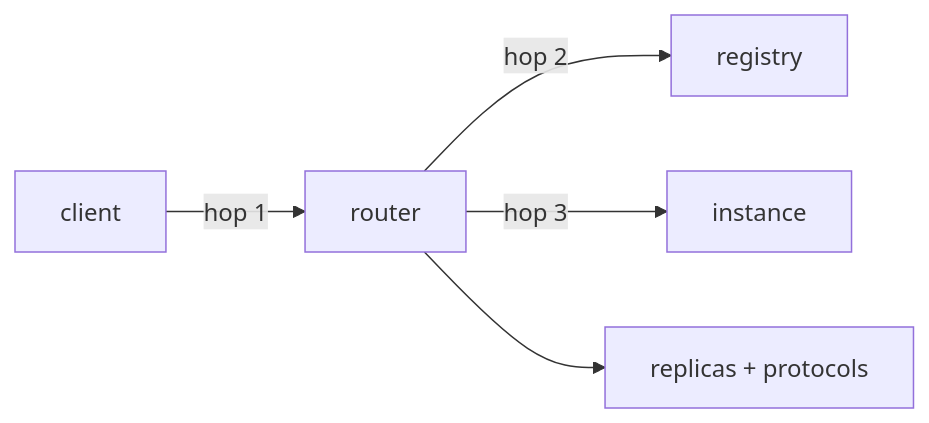
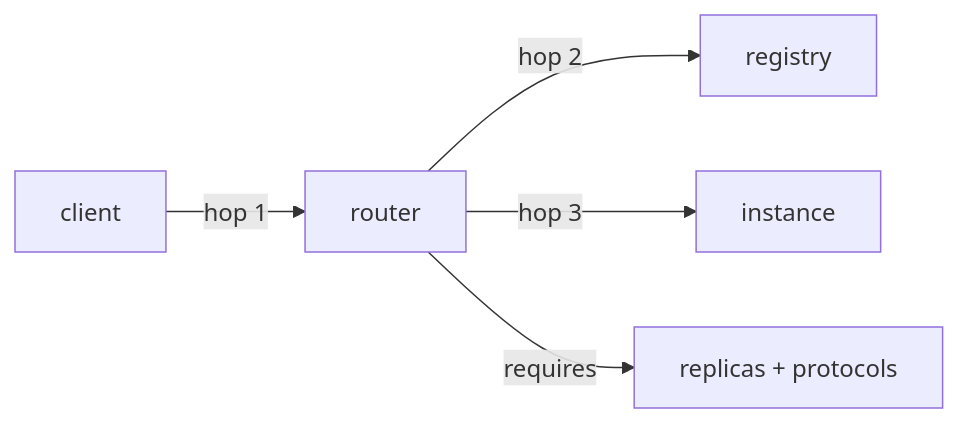
One commit to vinayakuber/microservices-io-study-guide changed diagram 13 of 14 in docs/ch11-server-side-discovery.md. Above: the diagram before and after it, drawn with Mermaid. The commit also changed other lines of this file and 71 other files, not shown here.

First line of the commit message:
R18: label every diagram arrow with its meaning

````diff
--- a/docs/ch11-server-side-discovery.md
+++ b/docs/ch11-server-side-discovery.md
@@ -447,7 +447,7 @@
 ```mermaid
 flowchart LR
   C["client"] -->|"hop 1"| R["router"]
   R -->|"hop 2"| REG["registry"]
   R -->|"hop 3"| SVC["instance"]
-  R --> REP["replicas + protocols"]
+  R -->|"requires"| REP["replicas + protocols"]
 ```
````
